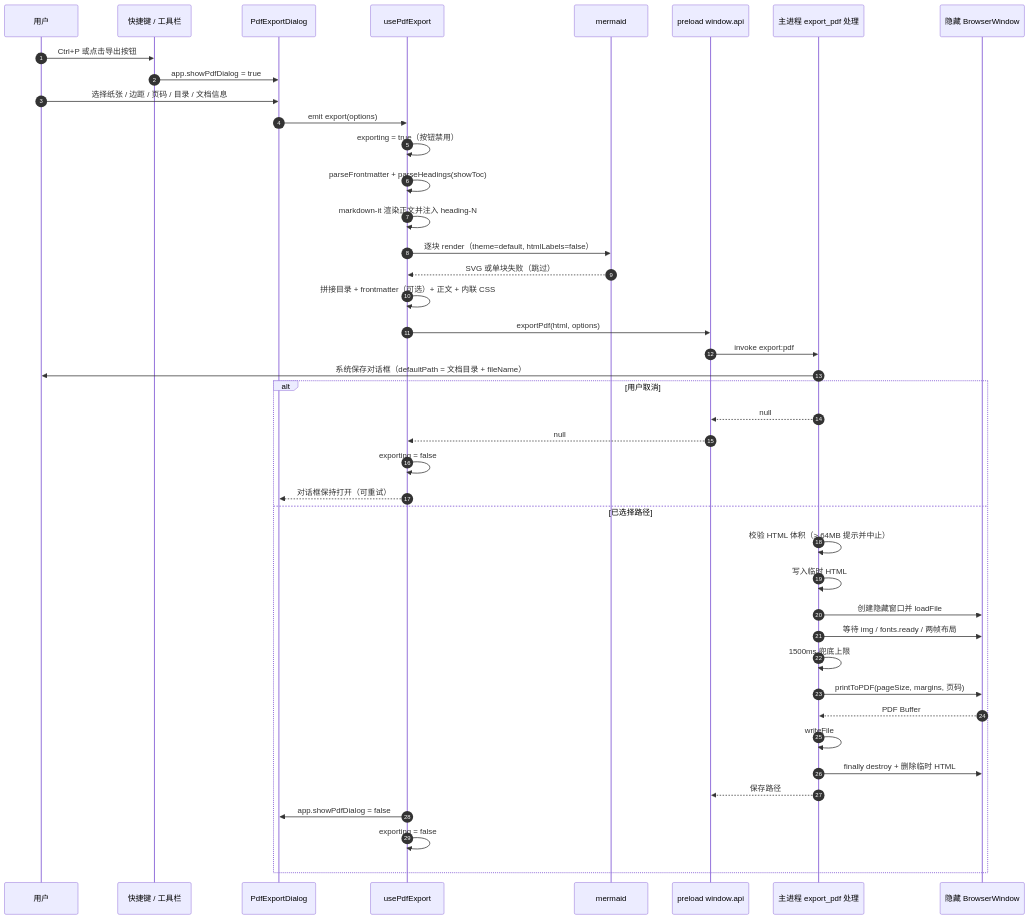
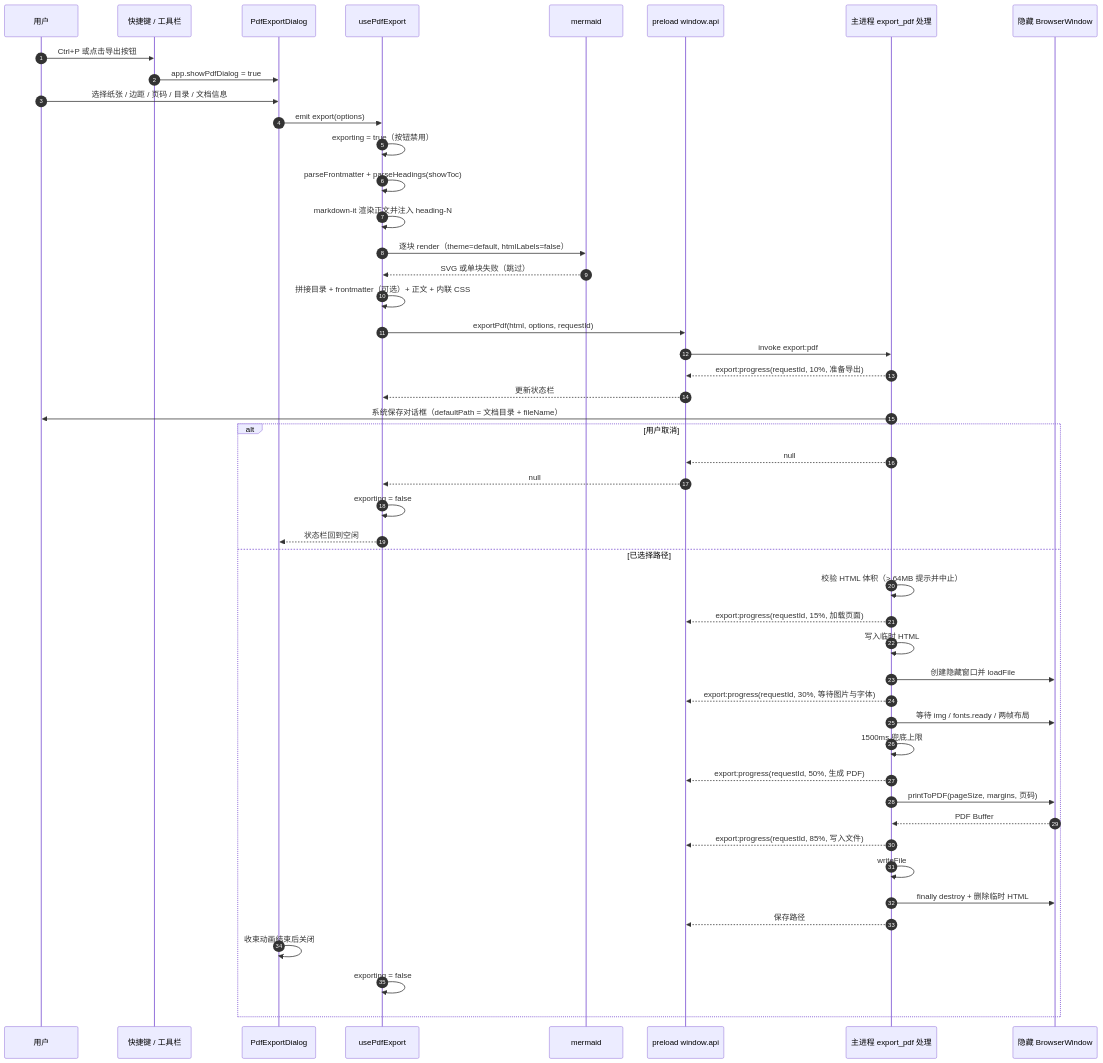
One commit to Harley-xk/mark-it changed the diagram in docs/PDF导出.md. Above: the diagram before and after it, drawn with Mermaid. The commit also changed other lines of this file and 21 other files, not shown here.

````diff
--- a/docs/PDF导出.md
+++ b/docs/PDF导出.md
@@ -99,45 +103,51 @@
 ```mermaid
 sequenceDiagram
     autonumber
     participant U as 用户
     participant K as 快捷键 / 工具栏
     participant D as PdfExportDialog
     participant C as usePdfExport
     participant M as mermaid
     participant API as preload window.api
     participant MAIN as 主进程 export_pdf 处理
     participant W as 隐藏 BrowserWindow
 
     U->>K: Ctrl+P 或点击导出按钮
     K->>D: app.showPdfDialog = true
     U->>D: 选择纸张 / 边距 / 页码 / 目录 / 文档信息
     D->>C: emit export(options)
     C->>C: exporting = true（按钮禁用）
     C->>C: parseFrontmatter + parseHeadings(showToc)
     C->>C: markdown-it 渲染正文并注入 heading-N
     C->>M: 逐块 render（theme=default, htmlLabels=false）
     M-->>C: SVG 或单块失败（跳过）
     C->>C: 拼接目录 + frontmatter（可选）+ 正文 + 内联 CSS
-    C->>API: exportPdf(html, options)
+    C->>API: exportPdf(html, options, requestId)
     API->>MAIN: invoke export:pdf
+    MAIN-->>API: export:progress(requestId, 10%, 准备导出)
+    API-->>C: 更新状态栏
     MAIN->>U: 系统保存对话框（defaultPath = 文档目录 + fileName）
     alt 用户取消
         MAIN-->>API: null
         API-->>C: null
         C->>C: exporting = false
-        C-->>D: 对话框保持打开（可重试）
+        C-->>D: 状态栏回到空闲
     else 已选择路径
         MAIN->>MAIN: 校验 HTML 体积（> 64MB 提示并中止）
+        MAIN-->>API: export:progress(requestId, 15%, 加载页面)
         MAIN->>MAIN: 写入临时 HTML
         MAIN->>W: 创建隐藏窗口并 loadFile
+        MAIN-->>API: export:progress(requestId, 30%, 等待图片与字体)
         MAIN->>W: 等待 img / fonts.ready / 两帧布局
         MAIN->>MAIN: 1500ms 兜底上限
+        MAIN-->>API: export:progress(requestId, 50%, 生成 PDF)
         MAIN->>W: printToPDF(pageSize, margins, 页码)
         W-->>MAIN: PDF Buffer
+        MAIN-->>API: export:progress(requestId, 85%, 写入文件)
         MAIN->>MAIN: writeFile
         MAIN->>W: finally destroy + 删除临时 HTML
         MAIN-->>API: 保存路径
-        C->>D: app.showPdfDialog = false
+        D->>D: 收束动画结束后关闭
         C->>C: exporting = false
     end
 ```
````
